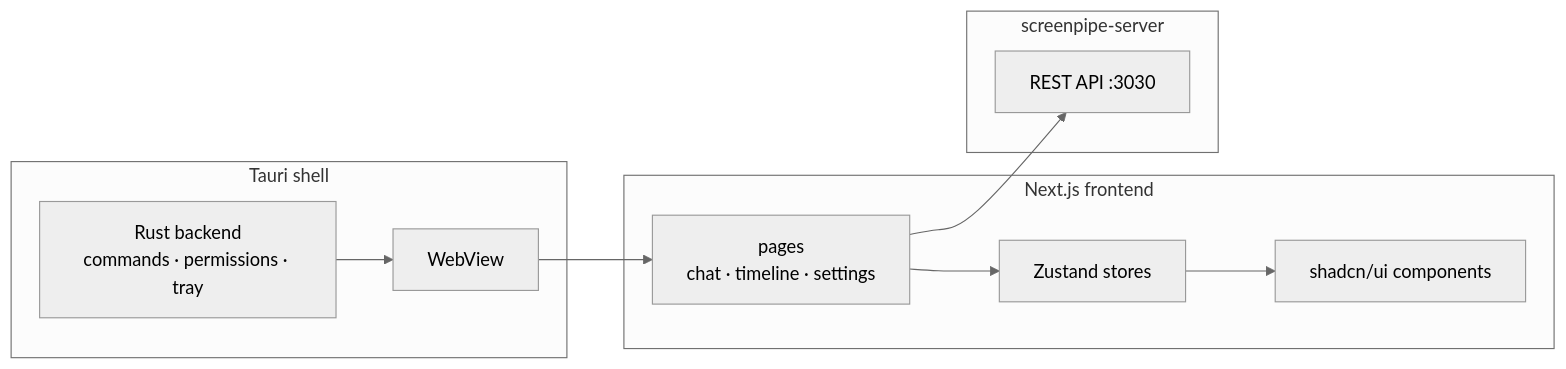
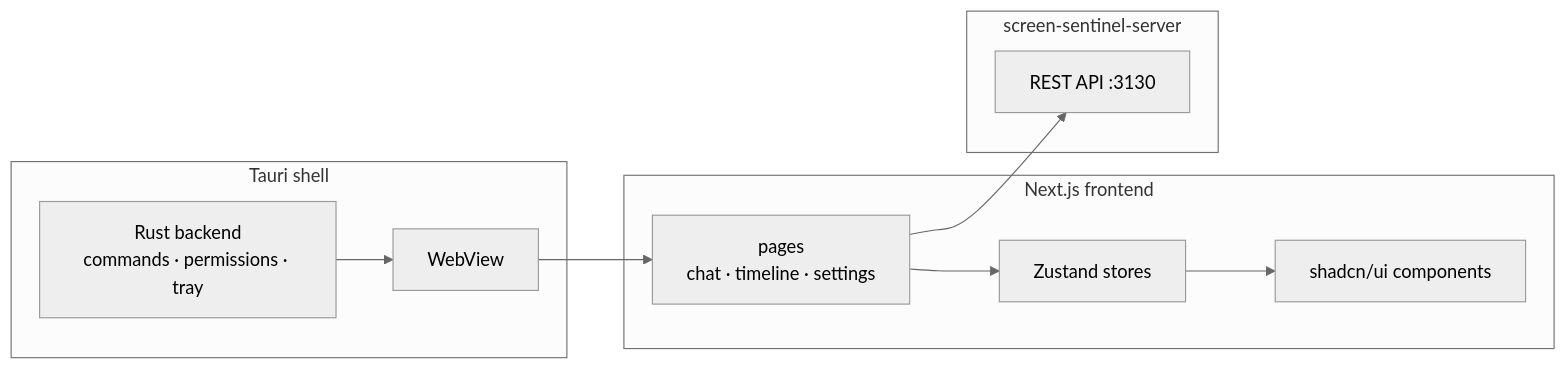
One commit to Samuel-Harris/screen-sentinel changed the fourth of 4 diagrams in docs/mintlify/docs-mintlify-mig-tmp/architecture.mdx. Above: the diagram before and after it, drawn with Mermaid (neutral theme). The commit also changed other lines of this file and 1573 other files, not shown here.

First line of the commit message:
refactor: rename screenpipe to Screen Sentinel

````diff
--- a/docs/mintlify/docs-mintlify-mig-tmp/architecture.mdx
+++ b/docs/mintlify/docs-mintlify-mig-tmp/architecture.mdx
@@ -195,23 +195,23 @@
 ```mermaid
 graph LR
     subgraph tauri["Tauri shell"]
         RS[Rust backend<br/>commands · permissions · tray]
         WV[WebView]
     end
 
     subgraph frontend["Next.js frontend"]
         PAGES[pages<br/>chat · timeline · settings]
         STORE[Zustand stores]
         UI[shadcn/ui components]
     end
 
-    subgraph backend["screenpipe-server"]
-        API[REST API :3030]
+    subgraph backend["screen-sentinel-server"]
+        API[REST API :3130]
     end
 
     RS --> WV
     WV --> PAGES
     PAGES --> STORE
     STORE --> UI
     PAGES --> API
 ```
````
